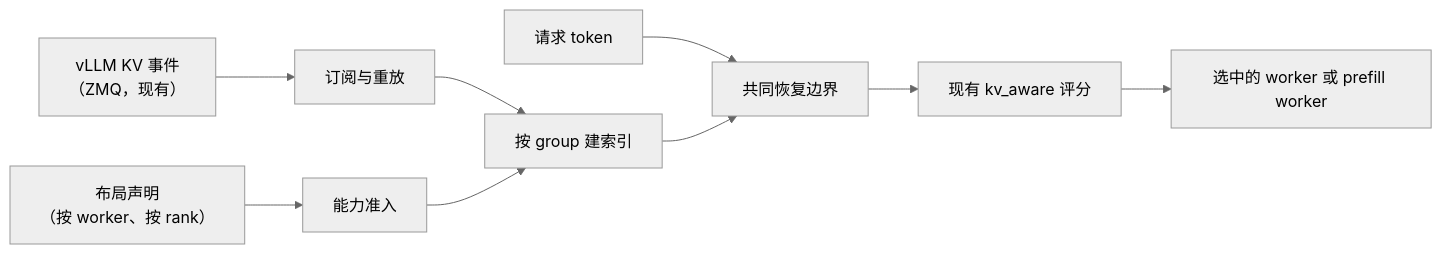
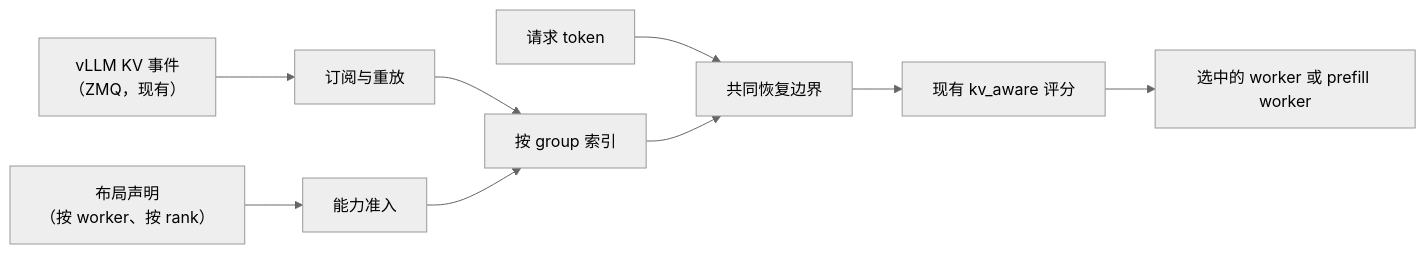
One commit to vllm-project/router changed the first of 2 diagrams in docs/load_balancing/hybrid-kv-aware-rfc.zh.md. Above: the diagram before and after it, drawn with Mermaid (neutral theme). The commit also changed other lines of this file and 1 other file, not shown here.

````diff
--- a/docs/load_balancing/hybrid-kv-aware-rfc.zh.md
+++ b/docs/load_balancing/hybrid-kv-aware-rfc.zh.md
@@ -38,11 +56,11 @@
 ```mermaid
 flowchart LR
     L["布局声明<br/>（按 worker、按 rank）"] --> C["能力准入"]
     E["vLLM KV 事件<br/>（ZMQ，现有）"] --> S["订阅与重放"]
-    S --> I["按 group 建索引"]
+    S --> I["按 group 索引"]
     C --> I
     Q["请求 token"] --> B["共同恢复边界"]
     I --> B
     B --> K["现有 kv_aware 评分"]
     K --> W["选中的 worker 或 prefill worker"]
 ```
````
